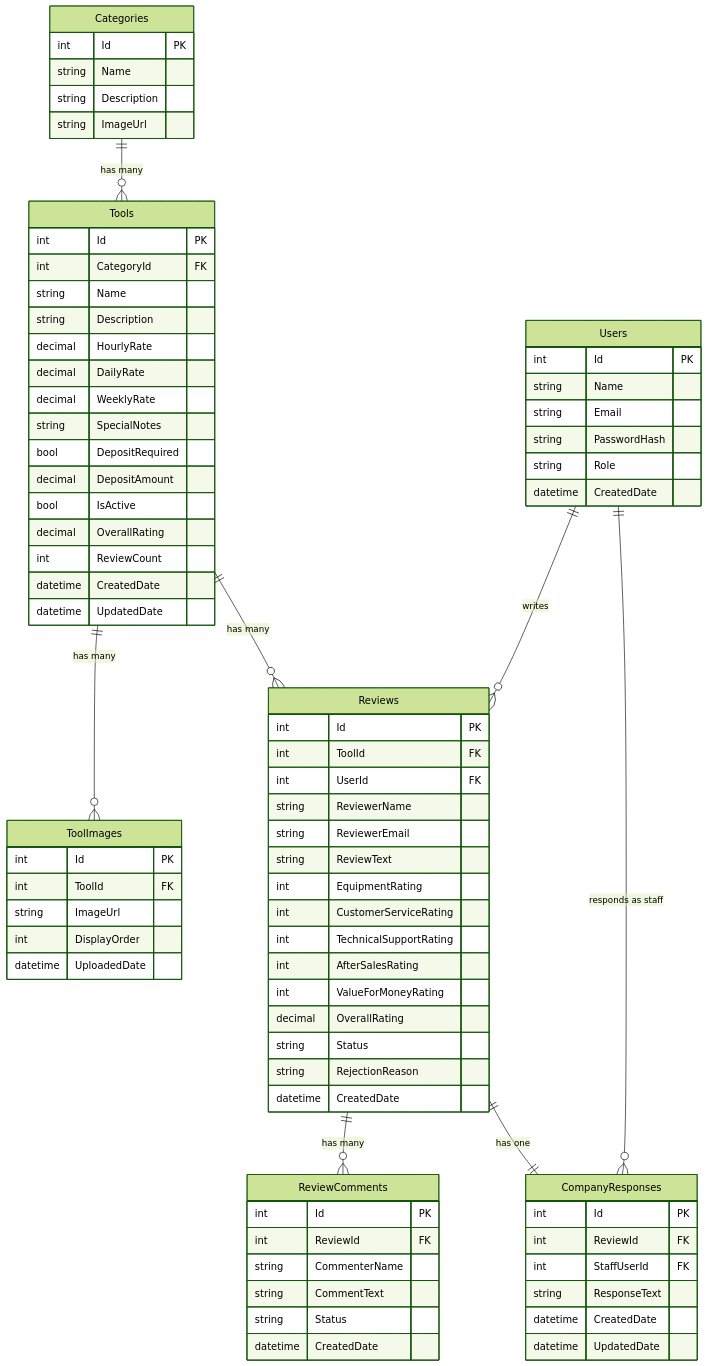
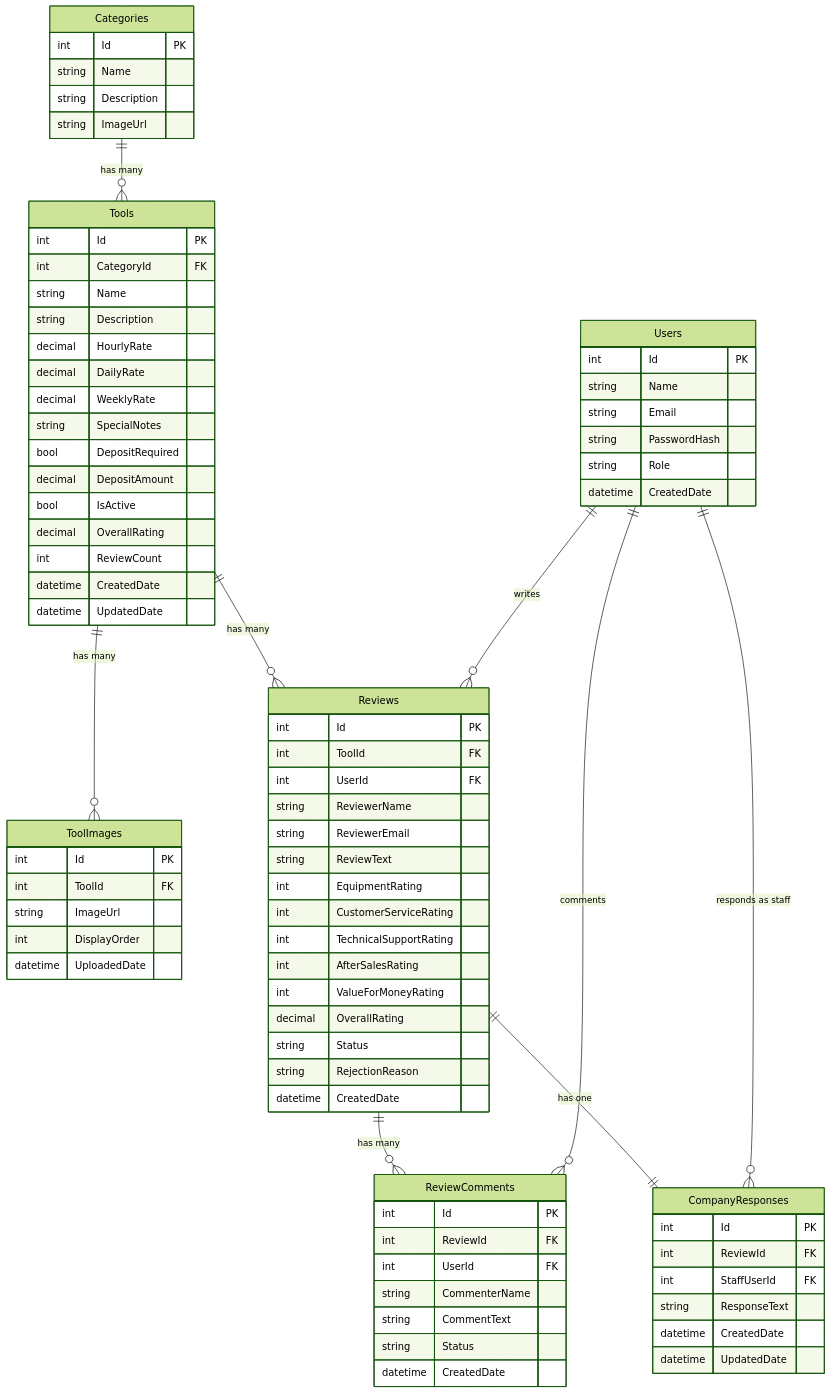
One commit to SEPP-2026/ReviewPortal-API changed the diagram in docs/ERD.md. Above: the diagram before and after it, drawn with Mermaid (forest theme). The commit also changed other lines of this file and 11 other files, not shown here.

````diff
--- a/docs/ERD.md
+++ b/docs/ERD.md
@@ -71,6 +71,7 @@
     ReviewComments {
         int Id PK
         int ReviewId FK
+        int UserId FK
         string CommenterName
         string CommentText
         string Status
@@ -91,6 +92,7 @@
     Tools ||--o{ Reviews : "has many"
     Users ||--o{ Reviews : "writes"
     Reviews ||--o{ ReviewComments : "has many"
+    Users ||--o{ ReviewComments : "comments"
     Reviews ||--|| CompanyResponses : "has one"
     Users ||--o{ CompanyResponses : "responds as staff"
 ```
````
